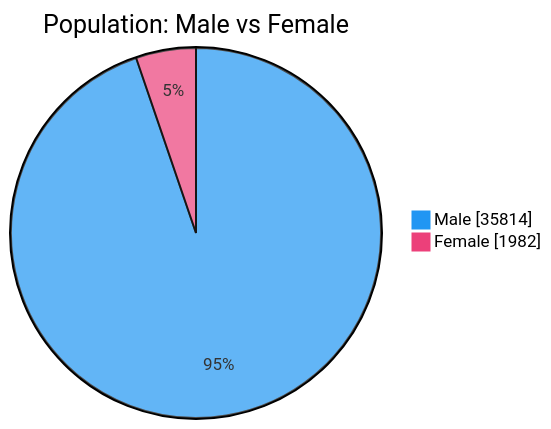
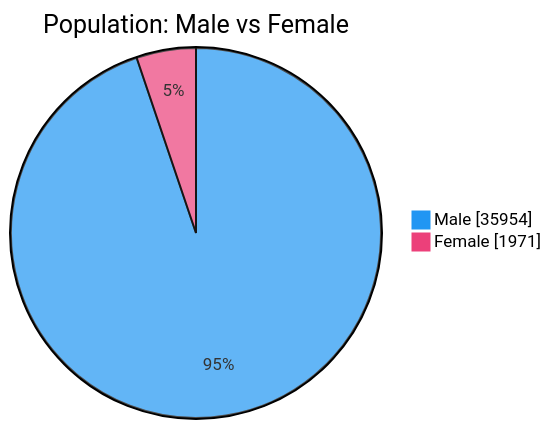
The second of 7 diagrams in README.md (nuuuwan/lk_prisons), drawn with Mermaid before and after one commit. The commit also changed other lines of this file and 1 other file, not shown here.

````diff
--- a/README.md
+++ b/README.md
@@ -54,6 +54,6 @@
 ```mermaid
 %%{init: {'themeVariables': {'pie1': '#2196F3', 'pie2': '#EC407A'}}}%%
 pie showData title Population: Male vs Female
-    "Male" : 35814
-    "Female" : 1982
+    "Male" : 35954
+    "Female" : 1971
 ```
````
